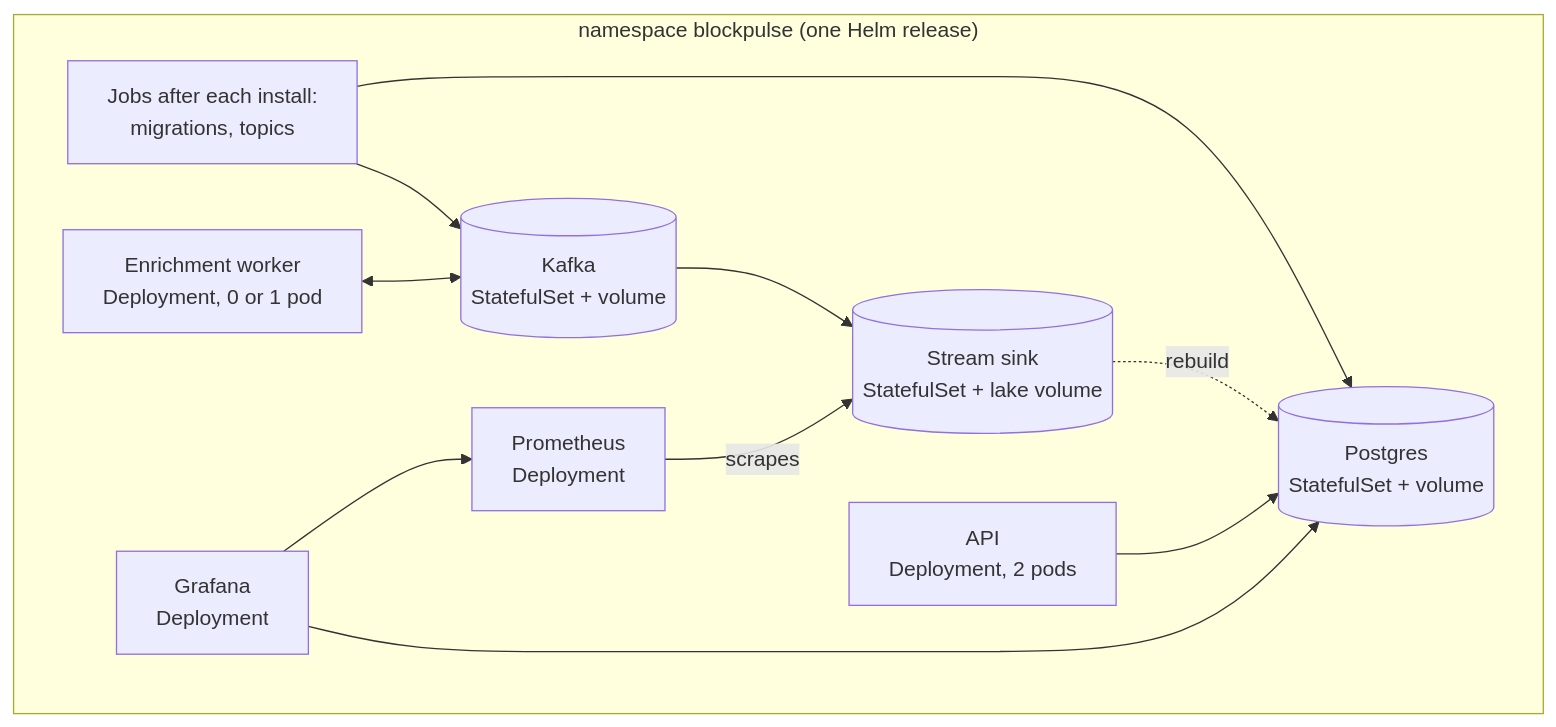
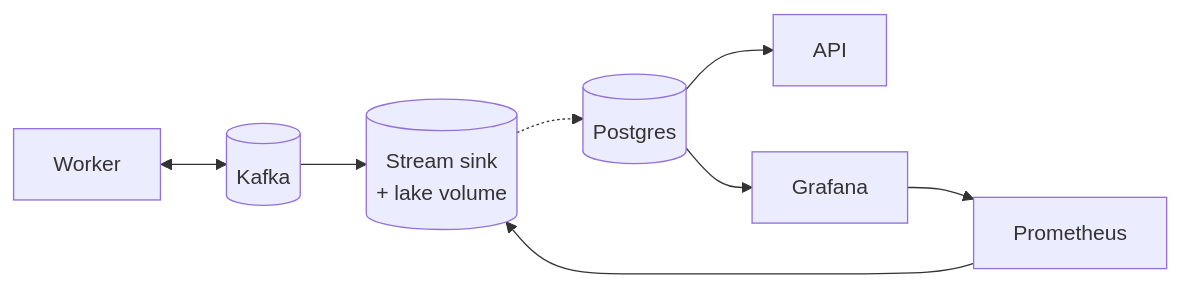
The second of 2 diagrams in README.md (thaitri2005/BlockPulse), drawn with Mermaid before and after one commit. The commit also changed other lines of this file and 4 other files, not shown here.

Commit message:
docs: shorter README with compact diagrams and smaller figures

````diff
--- a/README.md
+++ b/README.md
@@ -90,22 +54,10 @@
 ```mermaid
-flowchart TB
-    subgraph ns ["namespace blockpulse (one Helm release)"]
-        jobs["Jobs after each install:<br/>migrations, topics"]
-        worker["Enrichment worker<br/>Deployment, 0 or 1 pod"]
-        kafka[("Kafka<br/>StatefulSet + volume")]
-        sink[("Stream sink<br/>StatefulSet + lake volume")]
-        pg[("Postgres<br/>StatefulSet + volume")]
-        api["API<br/>Deployment, 2 pods"]
-        prom["Prometheus<br/>Deployment"]
-        grafana["Grafana<br/>Deployment"]
-        jobs --> pg
-        jobs --> kafka
-        worker <--> kafka
-        kafka --> sink
-        sink -. "rebuild" .-> pg
-        prom -- scrapes --> sink
-        api --> pg
-        grafana --> pg
-        grafana --> prom
-    end
+flowchart LR
+    worker["Worker"] <--> kafka[("Kafka")]
+    kafka --> sink[("Stream sink<br/>+ lake volume")]
+    sink -.-> pg[("Postgres")]
+    pg --> api["API"]
+    pg --> grafana["Grafana"]
+    prom["Prometheus"] --> sink
+    grafana --> prom
 ```
````
